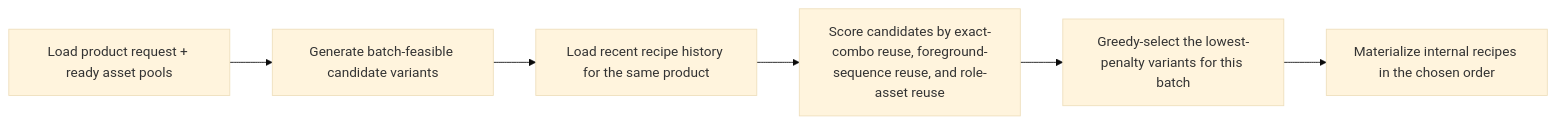
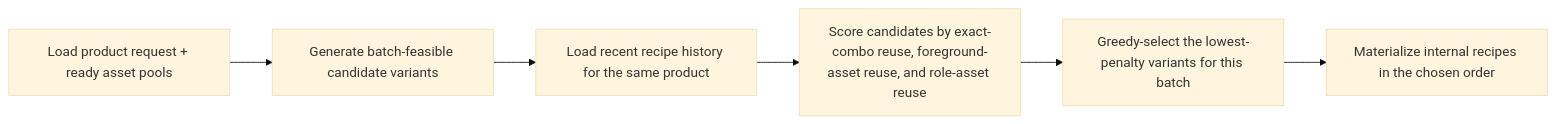
Before and after one commit to idev006/MTClipFactory: the first of 2 diagrams in doc/77_Auto_Factory_History_Aware_Anti_Duplicate_Selection_Workflow_2026-06-21.md, drawn with Mermaid (base theme). The commit also changed other lines of this file and 18 other files, not shown here.

````diff
--- a/doc/77_Auto_Factory_History_Aware_Anti_Duplicate_Selection_Workflow_2026-06-21.md
+++ b/doc/77_Auto_Factory_History_Aware_Anti_Duplicate_Selection_Workflow_2026-06-21.md
@@ -52,8 +54,8 @@
 ```mermaid
 flowchart LR
     A["Load product request + ready asset pools"] --> B["Generate batch-feasible candidate variants"]
     B --> C["Load recent recipe history for the same product"]
-    C --> D["Score candidates by exact-combo reuse, foreground-sequence reuse, and role-asset reuse"]
+    C --> D["Score candidates by exact-combo reuse, foreground-asset reuse, and role-asset reuse"]
     D --> E["Greedy-select the lowest-penalty variants for this batch"]
     E --> F["Materialize internal recipes in the chosen order"]
 ```
````
